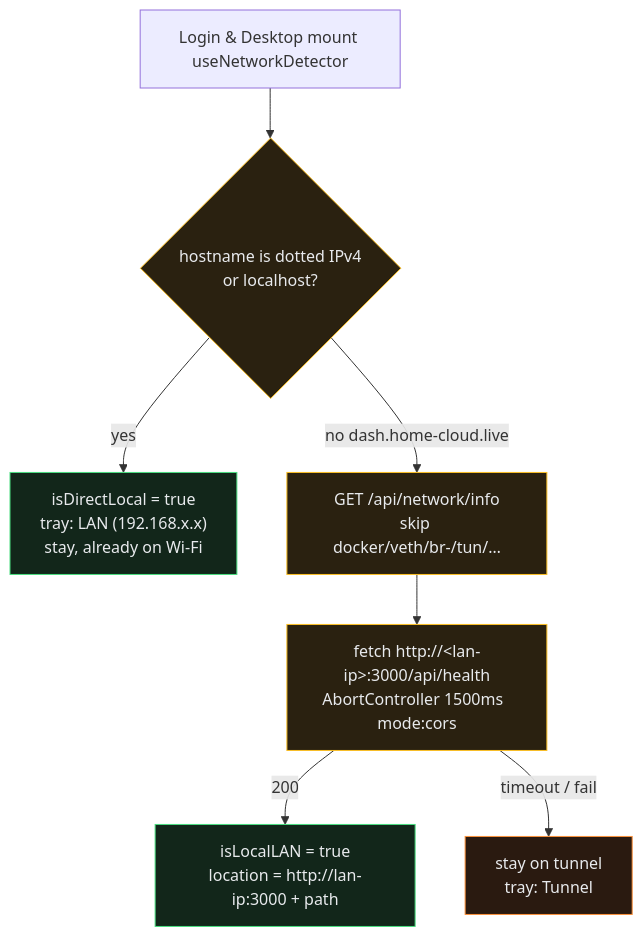
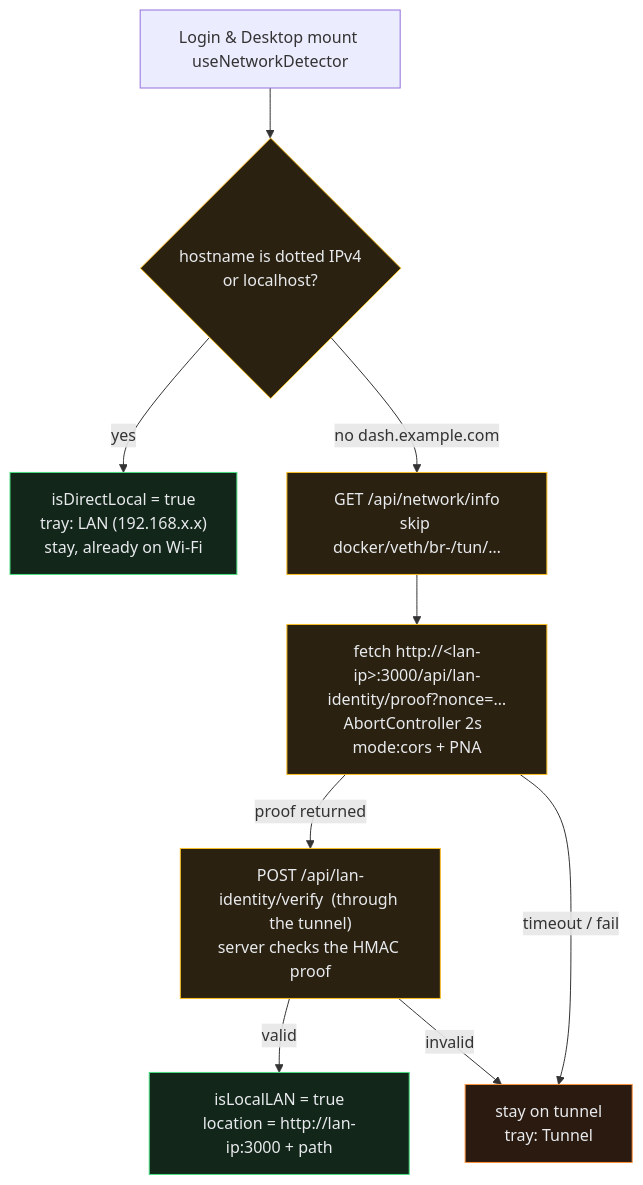
The seventh of 7 diagrams in docs/SYSTEM_DESIGN.md (Cypher0071/Home_Cloud), drawn with Mermaid before and after one commit. The commit also changed other lines of this file and 21 other files, not shown here.

First line of the commit message:
docs: trim docs/ to the current architecture, design, roadmap and tradeoffs

````diff
--- a/docs/SYSTEM_DESIGN.md
+++ b/docs/SYSTEM_DESIGN.md
@@ -555,17 +627,19 @@
 ```mermaid
 flowchart TD
   classDef q fill:#2a2110,stroke:#fbbf24,color:#e8eaed
   classDef ok fill:#12261a,stroke:#4ade80,color:#e8eaed
   classDef rem fill:#2a1a10,stroke:#fb923c,color:#e8eaed
 
   S["Login & Desktop mount useNetworkDetector"] --> H{"hostname is dotted IPv4<br/>or localhost?"}
   H -->|yes| LAN["isDirectLocal = true<br/>tray: LAN (192.168.x.x)<br/>stay, already on Wi-Fi"]
-  H -->|no  dash.home-cloud.live| INFO["GET /api/network/info<br/>skip docker/veth/br-/tun/…"]
-  INFO --> P["fetch http://&lt;lan-ip&gt;:3000/api/health<br/>AbortController 1500ms  mode:cors"]
-  P -->|200| REDIR["isLocalLAN = true<br/>location = http://lan-ip:3000 + path"]
+  H -->|no  dash.example.com| INFO["GET /api/network/info<br/>skip docker/veth/br-/tun/…"]
+  INFO --> P["fetch http://&lt;lan-ip&gt;:3000/api/lan-identity/proof?nonce=…<br/>AbortController 2s  mode:cors + PNA"]
+  P -->|"proof returned"| V["POST /api/lan-identity/verify  (through the tunnel)<br/>server checks the HMAC proof"]
+  V -->|valid| REDIR["isLocalLAN = true<br/>location = http://lan-ip:3000 + path"]
+  V -->|invalid| TUN
   P -->|timeout / fail| TUN["stay on tunnel<br/>tray: Tunnel"]
 
-  class H,INFO,P q
+  class H,INFO,P,V q
   class LAN,REDIR ok
   class TUN rem
 ```
````
